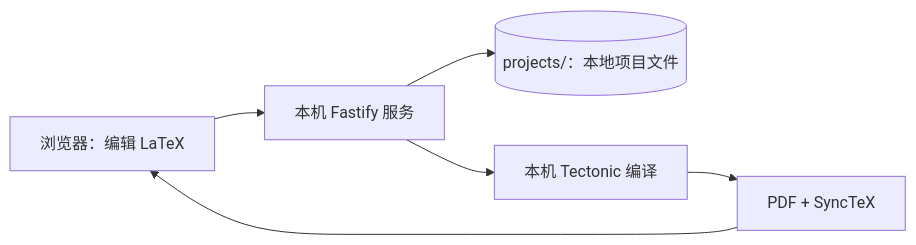
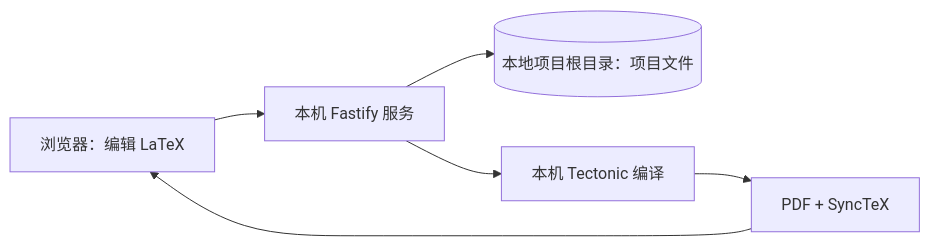
Before and after one commit to StuBoo3i/TeXloom: the first of 2 diagrams in README.md, drawn with Mermaid. The commit also changed other lines of this file and 10 other files, not shown here.

````diff
--- a/README.md
+++ b/README.md
@@ -20,8 +31,8 @@
 ```mermaid
 flowchart LR
     A["浏览器：编辑 LaTeX"] --> B["本机 Fastify 服务"]
-    B --> C[("projects/：本地项目文件")]
+    B --> C[("本地项目根目录：项目文件")]
     B --> D["本机 Tectonic 编译"]
     D --> E["PDF + SyncTeX"]
     E --> A
 ```
````
